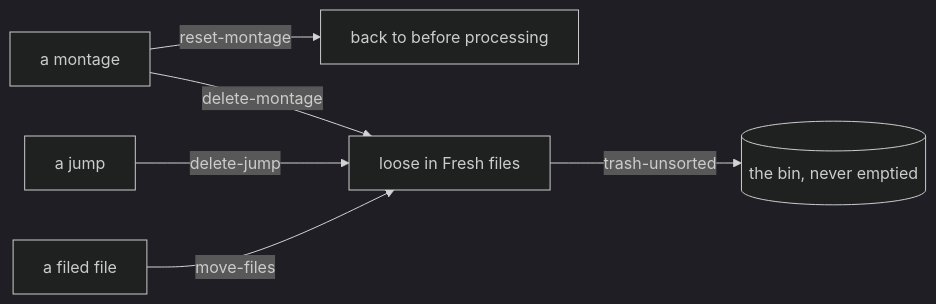
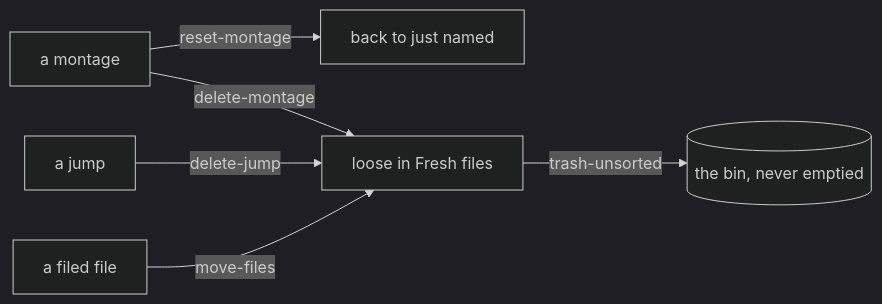
The fourth of 4 diagrams in docs/the-board-from-the-inside.md (didiercapozzi/skydock), drawn with Mermaid (dark theme) before and after one commit. The commit also changed other lines of this file and 78 other files, not shown here.

````diff
--- a/docs/the-board-from-the-inside.md
+++ b/docs/the-board-from-the-inside.md
@@ -64,8 +64,8 @@
 ```mermaid
 flowchart LR
-  pax[a montage] -->|reset-montage| before[back to before processing]
+  pax[a montage] -->|reset-montage| before[back to just named]
   pax -->|delete-montage| loose[loose in Fresh files]
   jump[a jump] -->|delete-jump| loose
   filed[a filed file] -->|move-files| loose
   loose -->|trash-unsorted| bin[("the bin, never emptied")]
 ```
````
